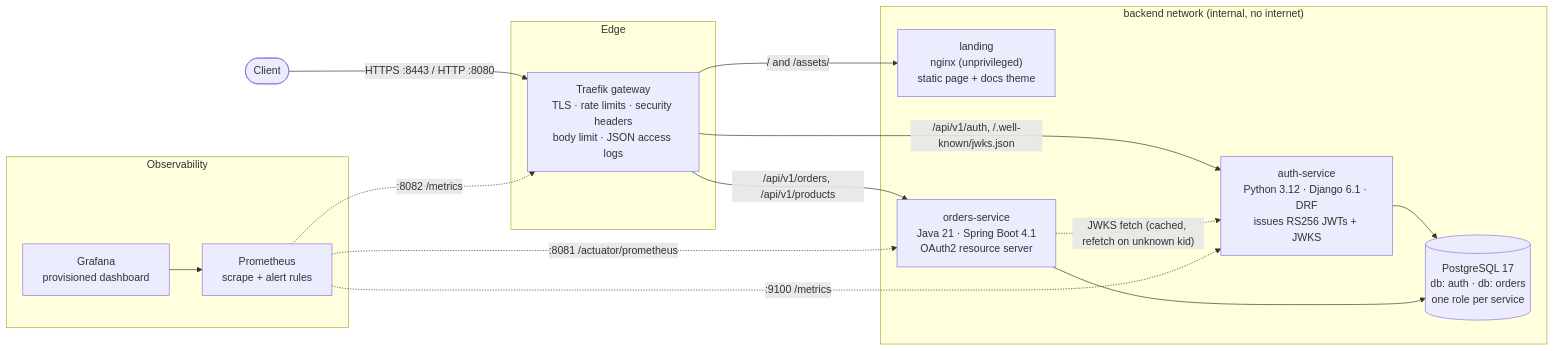
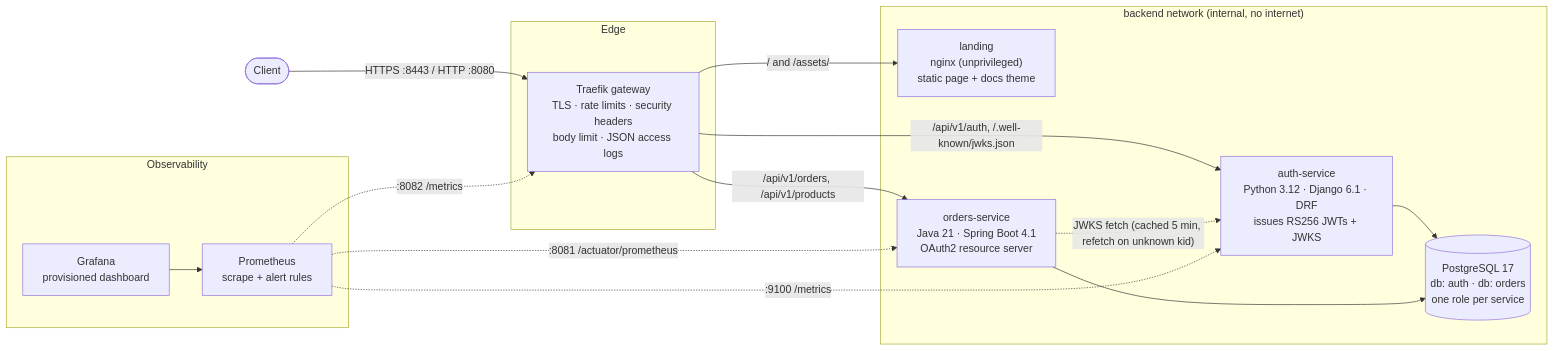
Before and after one commit to Arya-9989/secure-cloud-microservices-platform: the first of 2 diagrams in README.md, drawn with Mermaid. The commit also changed other lines of this file and 7 other files, not shown here.

````diff
--- a/README.md
+++ b/README.md
@@ -31,32 +31,32 @@
 ```mermaid
 flowchart LR
     client([Client])
 
     subgraph edge [Edge]
         gw["Traefik gateway<br/>TLS · rate limits · security headers<br/>body limit · JSON access logs"]
     end
 
     subgraph backend ["backend network (internal, no internet)"]
         landing["landing<br/>nginx (unprivileged)<br/>static page + docs theme"]
         auth["auth-service<br/>Python 3.12 · Django 6.1 · DRF<br/>issues RS256 JWTs + JWKS"]
         orders["orders-service<br/>Java 21 · Spring Boot 4.1<br/>OAuth2 resource server"]
         pg[("PostgreSQL 17<br/>db: auth · db: orders<br/>one role per service")]
     end
 
     subgraph obs [Observability]
         prom["Prometheus<br/>scrape + alert rules"]
         graf["Grafana<br/>provisioned dashboard"]
     end
 
     client -->|HTTPS :8443 / HTTP :8080| gw
     gw -->|/ and /assets/| landing
     gw -->|/api/v1/auth, /.well-known/jwks.json| auth
     gw -->|/api/v1/orders, /api/v1/products| orders
-    orders -. "JWKS fetch (cached, refetch on unknown kid)" .-> auth
+    orders -. "JWKS fetch (cached 5 min, refetch on unknown kid)" .-> auth
     auth --> pg
     orders --> pg
     prom -. ":9100 /metrics" .-> auth
     prom -. ":8081 /actuator/prometheus" .-> orders
     prom -. ":8082 /metrics" .-> gw
     graf --> prom
 ```
````
